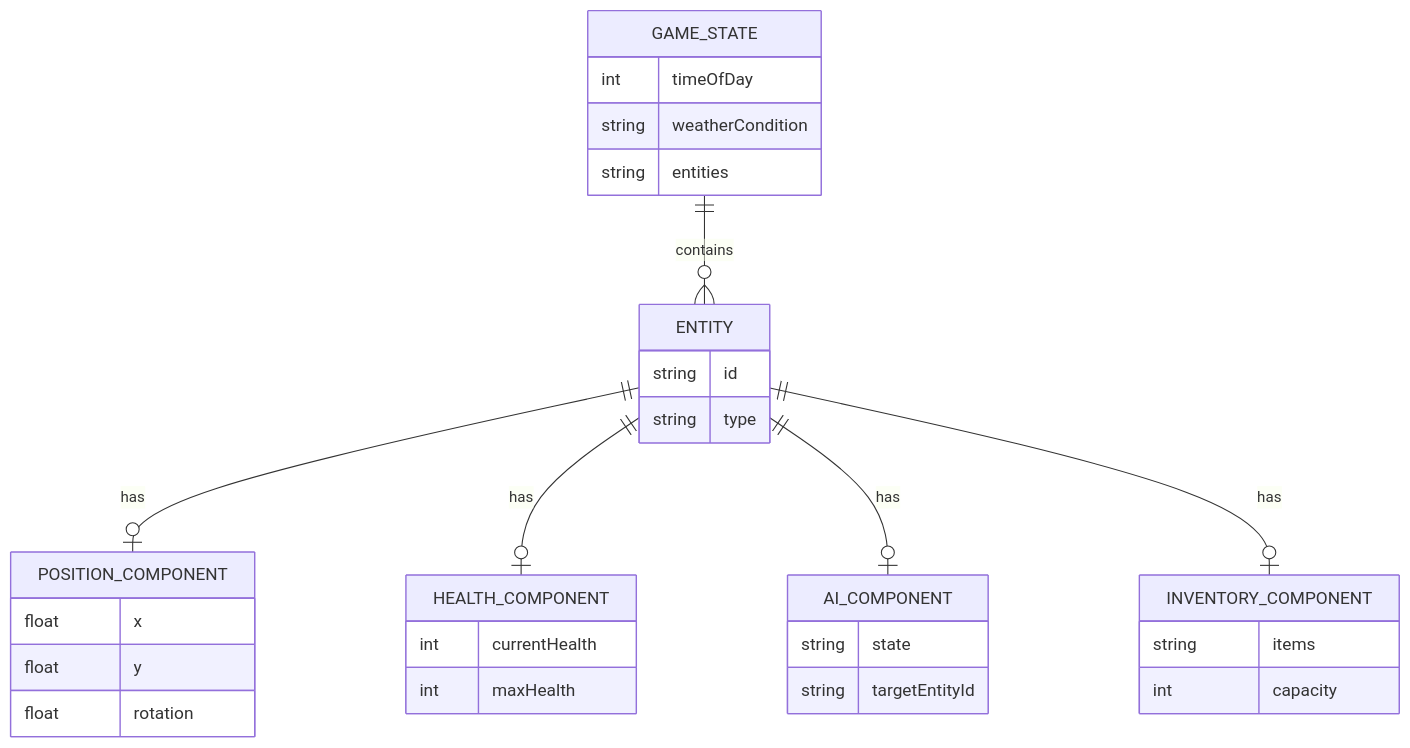
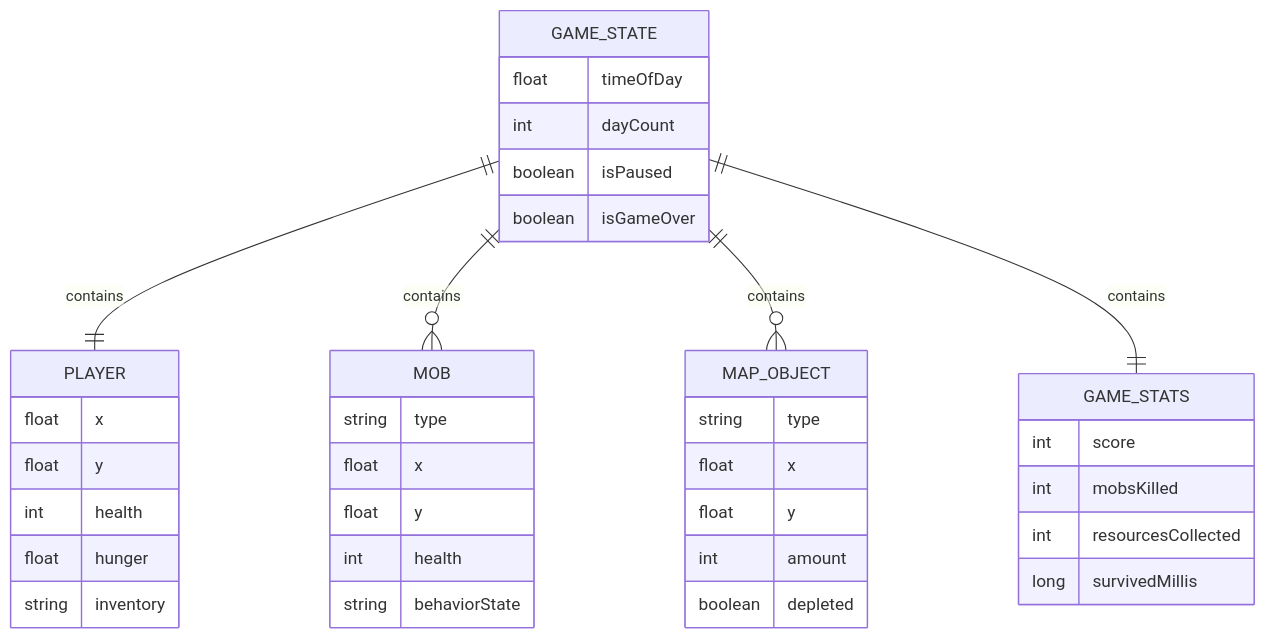
One commit to mrnchk/Call-of-the-forest changed the third of 3 diagrams in client/docs/ARCHITECTURE.md. Above: the diagram before and after it, drawn with Mermaid. The commit also changed other lines of this file and 4 other files, not shown here.

````diff
--- a/client/docs/ARCHITECTURE.md
+++ b/client/docs/ARCHITECTURE.md
@@ -95,40 +104,45 @@
 ```mermaid
 erDiagram
-    GAME_STATE ||--o{ ENTITY : contains
-    ENTITY ||--o| POSITION_COMPONENT : has
-    ENTITY ||--o| HEALTH_COMPONENT : has
-    ENTITY ||--o| AI_COMPONENT : has
-    ENTITY ||--o| INVENTORY_COMPONENT : has
+    GAME_STATE ||--|| PLAYER : contains
+    GAME_STATE ||--o{ MOB : contains
+    GAME_STATE ||--o{ MAP_OBJECT : contains
+    GAME_STATE ||--|| GAME_STATS : contains
 
     GAME_STATE {
-        int timeOfDay
-        string weatherCondition
-        string entities
+        float timeOfDay
+        int dayCount
+        boolean isPaused
+        boolean isGameOver
     }
 
-    ENTITY {
-        string id
-        string type
+    PLAYER {
+        float x
+        float y
+        int health
+        float hunger
+        string inventory
     }
 
-    POSITION_COMPONENT {
+    MOB {
+        string type
         float x
         float y
-        float rotation
+        int health
+        string behaviorState
     }
 
-    HEALTH_COMPONENT {
-        int currentHealth
-        int maxHealth
+    MAP_OBJECT {
+        string type
+        float x
+        float y
+        int amount
+        boolean depleted
     }
 
-    AI_COMPONENT {
-        string state
-        string targetEntityId
-    }
-
-    INVENTORY_COMPONENT {
-        string items
-        int capacity
+    GAME_STATS {
+        int score
+        int mobsKilled
+        int resourcesCollected
+        long survivedMillis
     }
 ```
````
